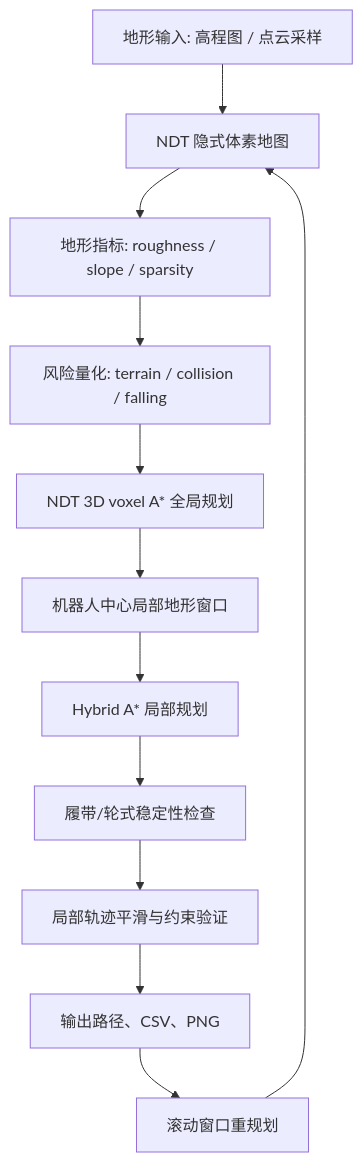
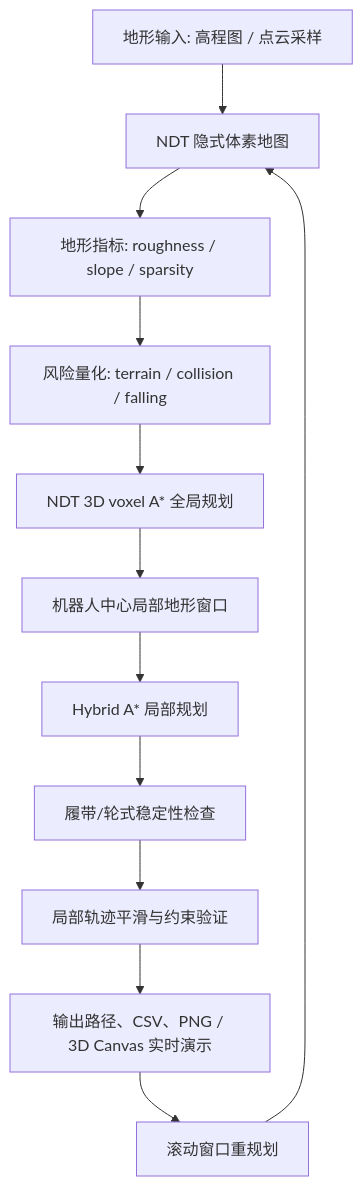
One commit to hymnly133/Traversability changed the diagram in docs/paper_mainline_workflow.md. Above: the diagram before and after it, drawn with Mermaid. The commit also changed other lines of this file and 8 other files, not shown here.

````diff
--- a/docs/paper_mainline_workflow.md
+++ b/docs/paper_mainline_workflow.md
@@ -44,14 +44,14 @@
 ```mermaid
 flowchart TD
     A["地形输入: 高程图 / 点云采样"] --> B["NDT 隐式体素地图"]
     B --> C["地形指标: roughness / slope / sparsity"]
     C --> D["风险量化: terrain / collision / falling"]
     D --> E["NDT 3D voxel A* 全局规划"]
     E --> F["机器人中心局部地形窗口"]
     F --> G["Hybrid A* 局部规划"]
     G --> H["履带/轮式稳定性检查"]
     H --> I["局部轨迹平滑与约束验证"]
-    I --> J["输出路径、CSV、PNG"]
+    I --> J["输出路径、CSV、PNG / 3D Canvas 实时演示"]
     J --> K["滚动窗口重规划"]
     K --> B
 ```
````
